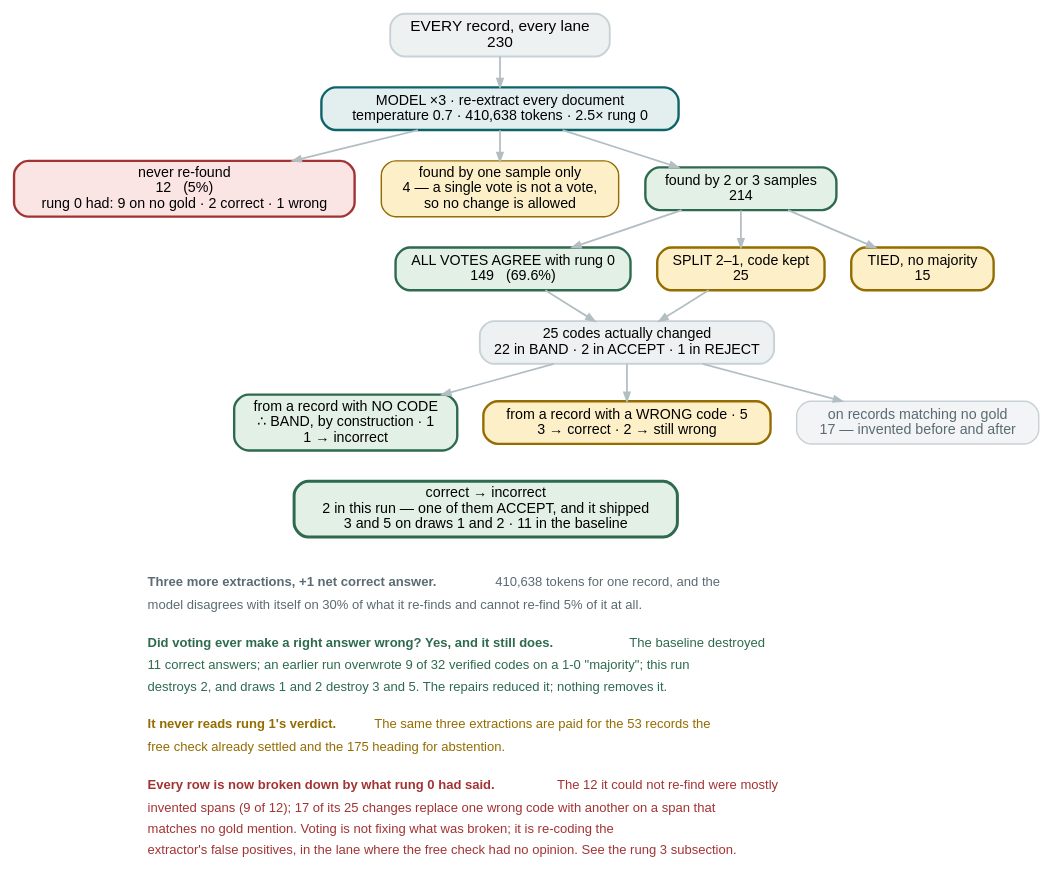
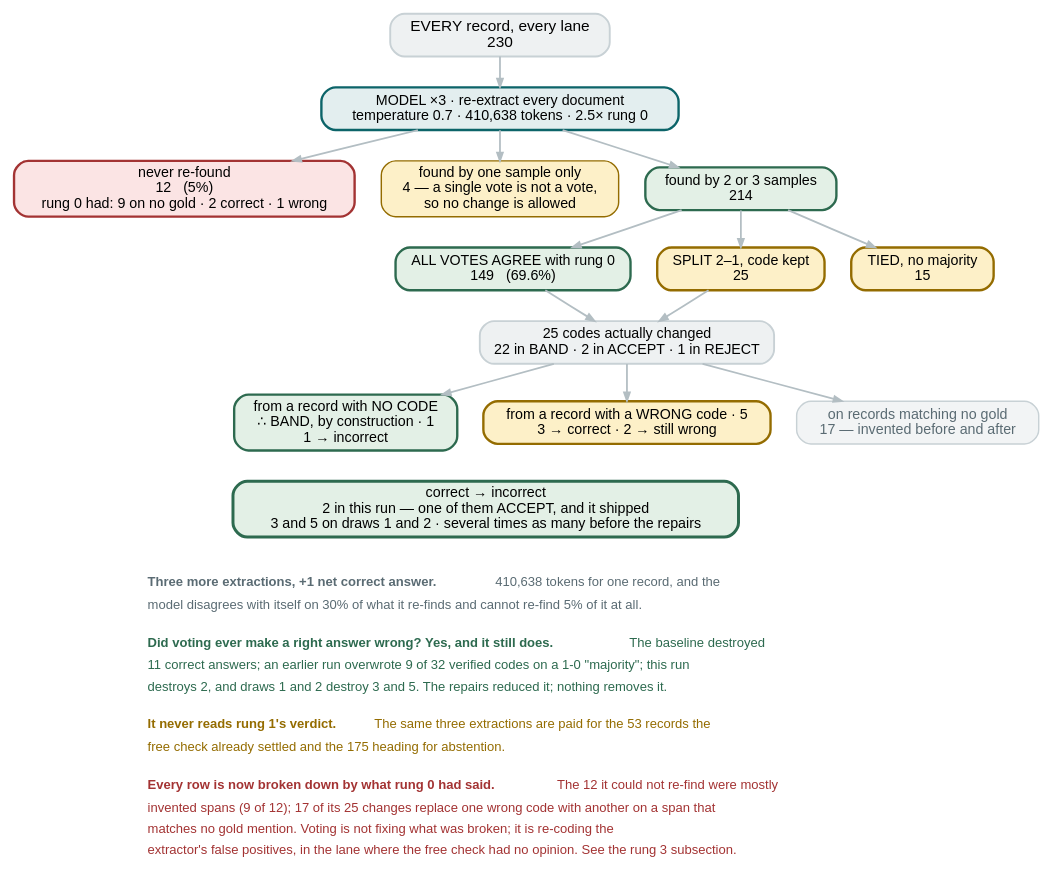
Before and after one commit to wbagais/reliability-ladder: the diagram in docs/figures/fig16-rung3.dot, drawn with Graphviz. The commit also changed 2 other files, not shown here.

Commit message:
CADEC article: deep-review fixes — the headline no longer says the free check beats every paid layer; duplicated paragraph removed; captions and cross-references corrected; no earlier-run figure left in prose or figures

```diff
--- a/docs/figures/fig16-rung3.dot
+++ b/docs/figures/fig16-rung3.dot
@@ -1,67 +1,67 @@
 // Rung 3 on CADEC dev, rerun-cadec-d0 (2026-09-03), from the per-record state
 // table (ladder/analysis.r3_crosstab, out/rerun/cadec.json):
 //   230 records, 12 never re-found, 4 seen once, 214 with >=2 votes:
 //   149 agree with the record's code, 25 split 2-1 keeping it, 15 tied,
 //   25 changed (22 BAND, 2 ACCEPT, 1 REJECT). Net correct +1: 3 gained, 2 destroyed.
 // Draws 1 and 2: changed 28 / 27, net -1 / -1, destroyed 3 / 5.
 //
 // COLOUR KEY — the article's: green correct · red wrong or lost · grey a stage
 digraph rung3 {
   rankdir=TB; bgcolor="white"; nodesep=0.30; ranksep=0.36;
   node [shape=box style="filled,rounded" fontname="Helvetica" fontsize=12
         color="#c8d1d5" penwidth=1.2];
   edge [color="#b3bec3" penwidth=1.5 arrowsize=0.7 fontname="Helvetica" fontsize=10];
 
   in [label="EVERY record, every lane\n230" fillcolor="#eef1f2" fontsize=13 penwidth=1.6];
   s  [label="MODEL ×3 · re-extract every document\ntemperature 0.7 · 410,638 tokens · 2.5× rung 0"
       fillcolor="#e3eeef" color="#0c6469" penwidth=2];
 
   nf [label="never re-found\n12   (5%)\nrung 0 had: 9 on no gold · 2 correct · 1 wrong" fillcolor="#fbe4e4" color="#a33333" penwidth=2];
   one[label="found by one sample only\n4 — a single vote is not a vote,\nso no change is allowed"
       fillcolor="#fdf0c8" color="#946c00"];
   two[label="found by 2 or 3 samples\n214" fillcolor="#e3f0e6" color="#2d6a4f" penwidth=2];
 
   un [label="ALL VOTES AGREE with rung 0\n149   (69.6%)" fillcolor="#e3f0e6" color="#2d6a4f" penwidth=2];
   sp [label="SPLIT 2–1, code kept\n25" fillcolor="#fdf0c8" color="#946c00" penwidth=2];
   ti [label="TIED, no majority\n15" fillcolor="#fdf0c8" color="#946c00" penwidth=2];
 
   ch [label="25 codes actually changed\n22 in BAND · 2 in ACCEPT · 1 in REJECT" fillcolor="#eef1f2" penwidth=1.6];
 
   band [label="from a record with NO CODE\n∴ BAND, by construction · 1\n1 → incorrect"
         fillcolor="#e3f0e6" color="#2d6a4f" penwidth=2];
   unk  [label="from a record with a WRONG code · 5\n3 → correct · 2 → still wrong"
         fillcolor="#fdf0c8" color="#946c00" penwidth=2];
   nog  [label="on records matching no gold\n17 — invented before and after"
         fillcolor="#f2f4f5" fontcolor="#5a6b73"];
 
-  safe [label="correct → incorrect\n2 in this run — one of them ACCEPT, and it shipped\n3 and 5 on draws 1 and 2 · 11 in the baseline"
+  safe [label="correct → incorrect\n2 in this run — one of them ACCEPT, and it shipped\n3 and 5 on draws 1 and 2 · several times as many before the repairs"
         fillcolor="#e3f0e6" color="#2d6a4f" penwidth=2.5];
 
   in -> s; s -> nf; s -> one; s -> two;
   two -> un; two -> sp; two -> ti;
   un -> ch; sp -> ch;
   ch -> band; ch -> unk; ch -> nog;
   band -> safe [style=invis]; unk -> safe [style=invis];
   { rank=same; nf; one; two }
   { rank=same; un; sp; ti }
   { rank=same; band; unk; nog }
 
   note [shape=plaintext style="" fillcolor="white"
         label=<<TABLE BORDER="0" CELLBORDER="0" CELLSPACING="0" CELLPADDING="3">
         <TR><TD ALIGN="LEFT"><FONT POINT-SIZE="11" COLOR="#5a6b73"><B>Three more extractions, +1 net correct answer.</B> 410,638 tokens for one record, and the</FONT></TD></TR>
         <TR><TD ALIGN="LEFT"><FONT POINT-SIZE="11" COLOR="#5a6b73">model disagrees with itself on 30% of what it re-finds and cannot re-find 5% of it at all.</FONT></TD></TR>
         <TR><TD ALIGN="LEFT"><FONT POINT-SIZE="8"> </FONT></TD></TR>
         <TR><TD ALIGN="LEFT"><FONT POINT-SIZE="11" COLOR="#2d6a4f"><B>Did voting ever make a right answer wrong? Yes, and it still does.</B> The baseline destroyed</FONT></TD></TR>
         <TR><TD ALIGN="LEFT"><FONT POINT-SIZE="11" COLOR="#2d6a4f">11 correct answers; an earlier run overwrote 9 of 32 verified codes on a 1-0 "majority"; this run</FONT></TD></TR>
         <TR><TD ALIGN="LEFT"><FONT POINT-SIZE="11" COLOR="#2d6a4f">destroys 2, and draws 1 and 2 destroy 3 and 5. The repairs reduced it; nothing removes it.</FONT></TD></TR>
         <TR><TD ALIGN="LEFT"><FONT POINT-SIZE="8"> </FONT></TD></TR>
         <TR><TD ALIGN="LEFT"><FONT POINT-SIZE="11" COLOR="#946c00"><B>It never reads rung 1's verdict.</B> The same three extractions are paid for the 53 records the</FONT></TD></TR>
         <TR><TD ALIGN="LEFT"><FONT POINT-SIZE="11" COLOR="#946c00">free check already settled and the 175 heading for abstention.</FONT></TD></TR>
         <TR><TD ALIGN="LEFT"><FONT POINT-SIZE="8"> </FONT></TD></TR>
         <TR><TD ALIGN="LEFT"><FONT POINT-SIZE="11" COLOR="#a33333"><B>Every row is now broken down by what rung 0 had said.</B> The 12 it could not re-find were mostly</FONT></TD></TR>
         <TR><TD ALIGN="LEFT"><FONT POINT-SIZE="11" COLOR="#a33333">invented spans (9 of 12); 17 of its 25 changes replace one wrong code with another on a span that</FONT></TD></TR>
         <TR><TD ALIGN="LEFT"><FONT POINT-SIZE="11" COLOR="#a33333">matches no gold mention. Voting is not fixing what was broken; it is re-coding the</FONT></TD></TR>
         <TR><TD ALIGN="LEFT"><FONT POINT-SIZE="11" COLOR="#a33333">extractor's false positives, in the lane where the free check had no opinion. See the rung 3 subsection.</FONT></TD></TR>
         </TABLE>>];
   safe -> note [style=invis];
 }
```
